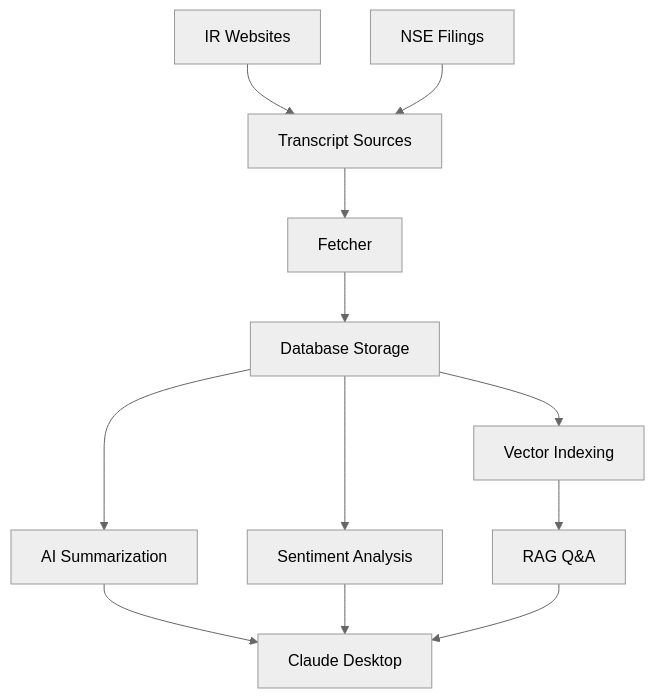
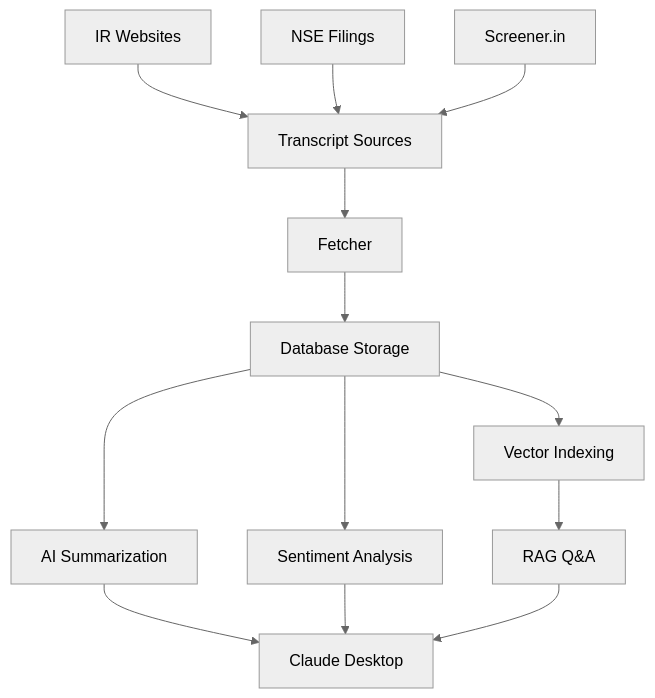
One commit to arunbcodes/maverick-mcp changed the first of 3 diagrams in docs/concall/overview.md. Above: the diagram before and after it, drawn with Mermaid (neutral theme). The commit also changed other lines of this file and 4 other files, not shown here.

````diff
--- a/docs/concall/overview.md
+++ b/docs/concall/overview.md
@@ -17,15 +17,16 @@
 ```mermaid
 graph TD
     A[Transcript Sources] --> B[Fetcher]
     B --> C[Database Storage]
     C --> D[AI Summarization]
     C --> E[Sentiment Analysis]
     C --> F[Vector Indexing]
     F --> G[RAG Q&A]
     D --> H[Claude Desktop]
     E --> H
     G --> H
 
     A1[IR Websites] --> A
     A2[NSE Filings] --> A
+    A3[Screener.in] --> A
 ```
````
